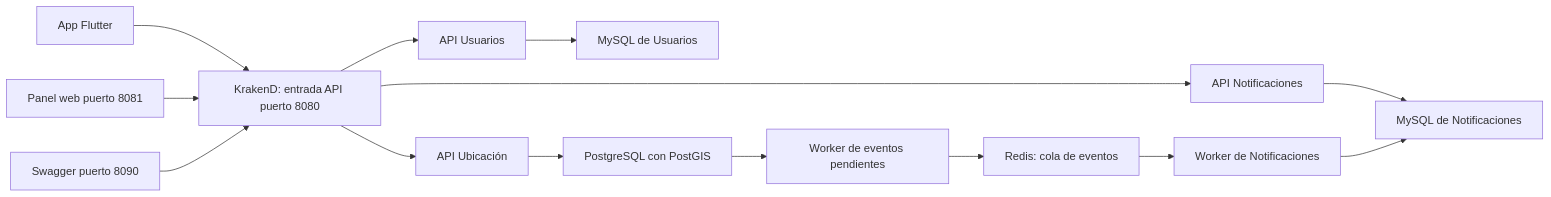
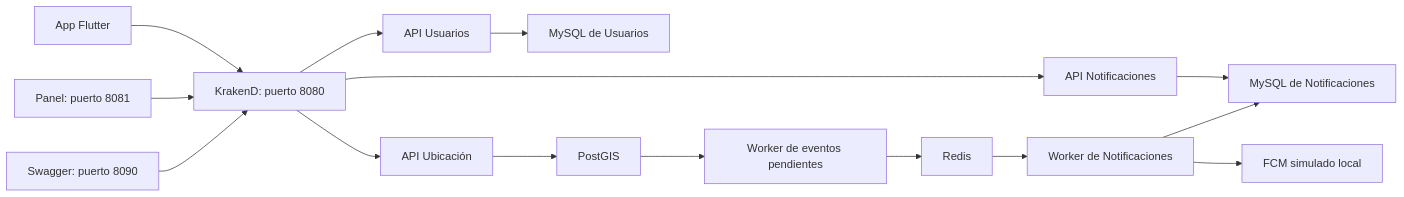
The diagram in docs/guia-exposicion-sprints.md (GeraldVargas/proyectotelematicos), drawn with Mermaid before and after one commit. The commit also changed other lines of this file and 34 other files, not shown here.

````diff
--- a/docs/guia-exposicion-sprints.md
+++ b/docs/guia-exposicion-sprints.md
@@ -20,16 +20,17 @@
 ```mermaid
 flowchart LR
-    A[App Flutter] --> G[KrakenD: entrada API puerto 8080]
-    W[Panel web puerto 8081] --> G
-    S[Swagger puerto 8090] --> G
+    A[App Flutter] --> G[KrakenD: puerto 8080]
+    W[Panel: puerto 8081] --> G
+    S[Swagger: puerto 8090] --> G
     G --> U[API Usuarios]
     G --> L[API Ubicación]
     G --> N[API Notificaciones]
     U --> MU[MySQL de Usuarios]
-    L --> P[PostgreSQL con PostGIS]
+    L --> P[PostGIS]
     N --> MN[MySQL de Notificaciones]
     P --> O[Worker de eventos pendientes]
-    O --> R[Redis: cola de eventos]
+    O --> R[Redis]
     R --> C[Worker de Notificaciones]
     C --> MN
+    C --> F[FCM simulado local]
 ```
````
